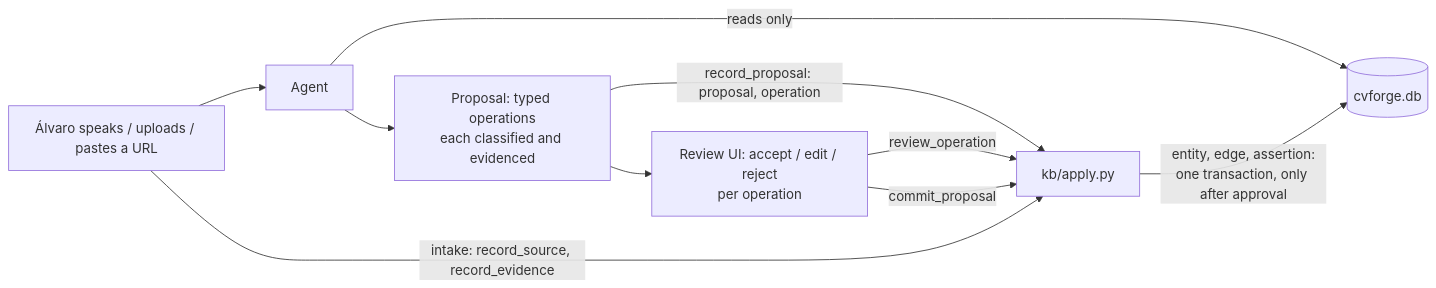
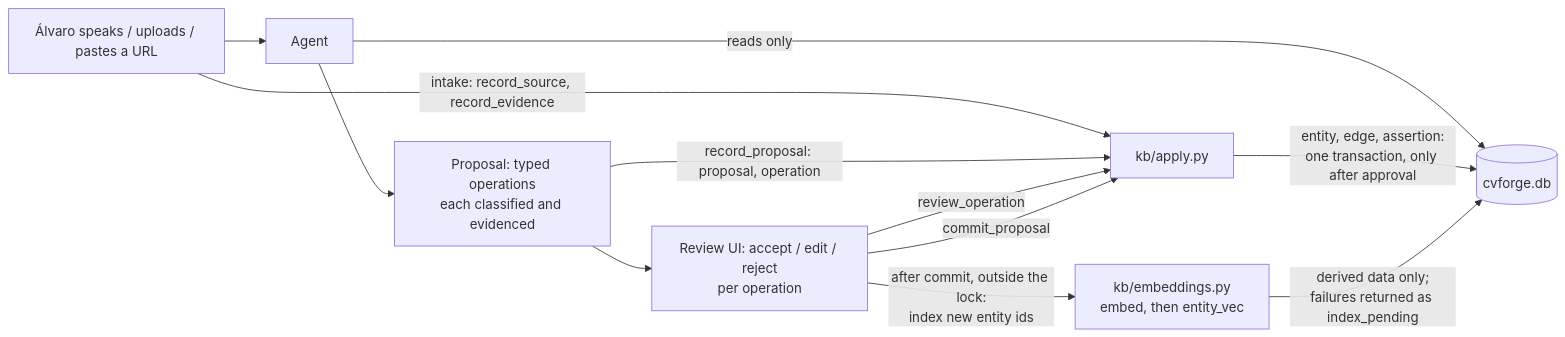
Before and after one commit to SelfishCoconut/cvforge: the second of 2 diagrams in docs/architecture/knowledge-model.md, drawn with Mermaid. The commit also changed other lines of this file and 3 other files, not shown here.

Commit message:
fix: index_entities honours its never-raises contract; refresh embedding docs and diagrams

````diff
--- a/docs/architecture/knowledge-model.md
+++ b/docs/architecture/knowledge-model.md
@@ -76,12 +76,14 @@
 ```mermaid
 flowchart LR
   A[Álvaro speaks / uploads / pastes a URL] --> B[Agent]
   B -->|reads only| KB[(cvforge.db)]
   B --> P[Proposal: typed operations<br/>each classified and evidenced]
   A -->|intake: record_source, record_evidence| W[kb/apply.py]
   P -->|record_proposal: proposal, operation| W
   P --> R[Review UI: accept / edit / reject<br/>per operation]
   R -->|review_operation| W
   R -->|commit_proposal| W
   W -->|entity, edge, assertion:<br/>one transaction, only after approval| KB
+  R -->|after commit, outside the lock:<br/>index new entity ids| E[kb/embeddings.py<br/>embed, then entity_vec]
+  E -->|derived data only;<br/>failures returned as index_pending| KB
 ```
````
